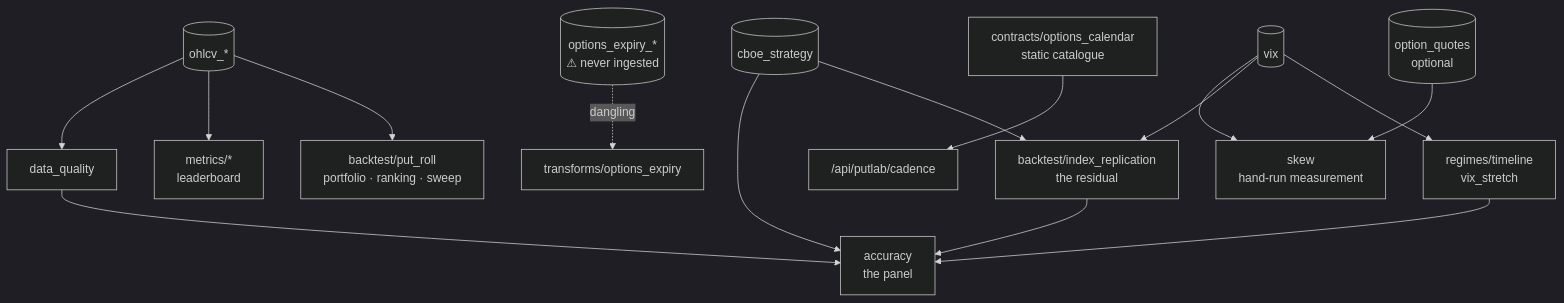
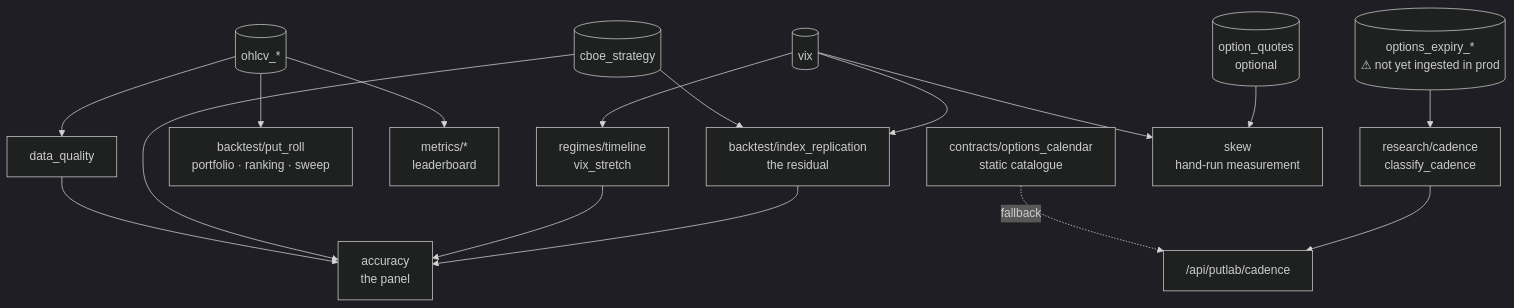
Before and after one commit to diomavro/tail-lab: the second of 2 diagrams in docs/DATA_FLOW.md, drawn with Mermaid (dark theme). The commit also changed other lines of this file and 6 other files, not shown here.

````diff
--- a/docs/DATA_FLOW.md
+++ b/docs/DATA_FLOW.md
@@ -157,24 +160,25 @@
 ```mermaid
 flowchart TB
     VIX[("vix")]
     STRAT[("cboe_strategy")]
     OHLCV[("ohlcv_*")]
-    EXP[("options_expiry_*<br/>⚠ never ingested")]
+    EXP[("options_expiry_*<br/>⚠ not yet ingested in prod")]
     QUOTES[("option_quotes<br/>optional")]
 
     VIX --> REGIME["regimes/timeline<br/>vix_stretch"]
     VIX --> REPL["backtest/index_replication<br/>the residual"]
     STRAT --> REPL
     OHLCV --> ROLL["backtest/put_roll<br/>portfolio · ranking · sweep"]
     OHLCV --> METRICS["metrics/*<br/>leaderboard"]
     OHLCV --> DQ["data_quality"]
-    EXP -.dangling.-> CADENCE["transforms/options_expiry"]
-    STATIC2["contracts/options_calendar<br/>static catalogue"] --> CADENCEAPI["/api/putlab/cadence"]
+    EXP --> CADENCE["research/cadence<br/>classify_cadence"]
+    CADENCE --> CADENCEAPI["/api/putlab/cadence"]
+    STATIC2["contracts/options_calendar<br/>static catalogue"] -.fallback.-> CADENCEAPI
     QUOTES --> SKEW["skew<br/>hand-run measurement"]
     VIX --> SKEW
 
     REPL --> ACC["accuracy<br/>the panel"]
     REGIME --> ACC
     STRAT --> ACC
     DQ --> ACC
 ```
````
